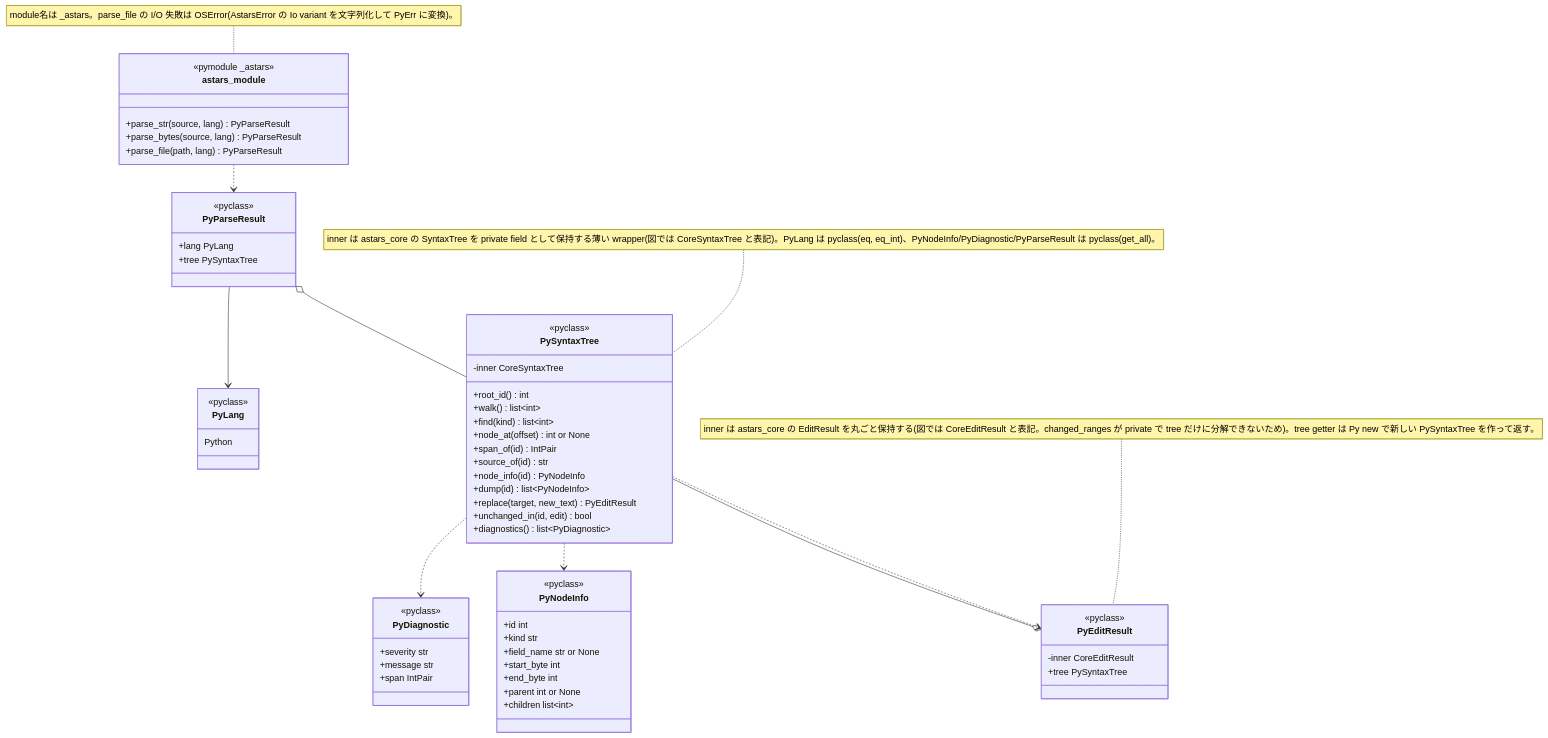
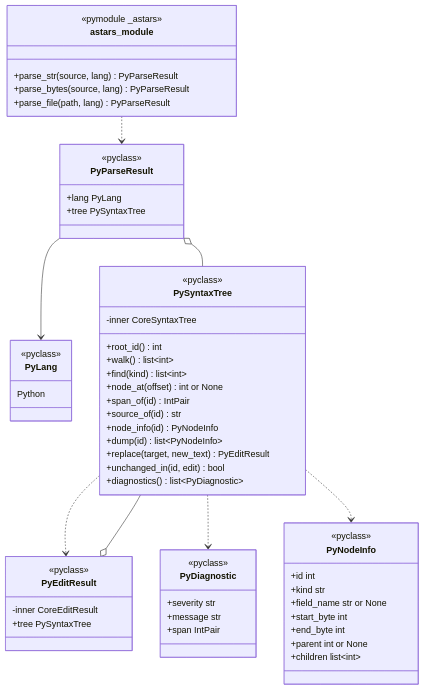
The second of 4 diagrams in docs/architecture/ARCHITECTURE.ja.md (xwasoux/astars), drawn with Mermaid before and after one commit. The commit also changed other lines of this file, not shown here.

First line of the commit message:
docs: クラス図のnoteをMarkdown本文に移し、冗長な説明文を削る

````diff
--- a/docs/architecture/ARCHITECTURE.ja.md
+++ b/docs/architecture/ARCHITECTURE.ja.md
@@ -127,66 +124,62 @@
 ```mermaid
 classDiagram
     class PyLang {
         <<pyclass>>
         Python
     }
     class PyNodeInfo {
         <<pyclass>>
         +id int
         +kind str
         +field_name str or None
         +start_byte int
         +end_byte int
         +parent int or None
         +children list~int~
     }
     class PyDiagnostic {
         <<pyclass>>
         +severity str
         +message str
         +span IntPair
     }
     class PySyntaxTree {
         <<pyclass>>
         -inner CoreSyntaxTree
         +root_id() int
         +walk() list~int~
         +find(kind) list~int~
         +node_at(offset) int or None
         +span_of(id) IntPair
         +source_of(id) str
         +node_info(id) PyNodeInfo
         +dump(id) list~PyNodeInfo~
         +replace(target, new_text) PyEditResult
         +unchanged_in(id, edit) bool
         +diagnostics() list~PyDiagnostic~
     }
     class PyEditResult {
         <<pyclass>>
         -inner CoreEditResult
         +tree PySyntaxTree
     }
     class PyParseResult {
         <<pyclass>>
         +lang PyLang
         +tree PySyntaxTree
     }
     class astars_module {
         <<pymodule _astars>>
         +parse_str(source, lang) PyParseResult
         +parse_bytes(source, lang) PyParseResult
         +parse_file(path, lang) PyParseResult
     }
 
     astars_module ..> PyParseResult
     PyParseResult o-- PySyntaxTree
     PyParseResult --> PyLang
     PySyntaxTree ..> PyEditResult
     PyEditResult o-- PySyntaxTree
     PySyntaxTree ..> PyDiagnostic
     PySyntaxTree ..> PyNodeInfo
-
-    note for astars_module "module名は _astars。parse_file の I/O 失敗は OSError(AstarsError の Io variant を文字列化して PyErr に変換)。"
-    note for PySyntaxTree "inner は astars_core の SyntaxTree を private field として保持する薄い wrapper(図では CoreSyntaxTree と表記)。PyLang は pyclass(eq, eq_int)、PyNodeInfo/PyDiagnostic/PyParseResult は pyclass(get_all)。"
-    note for PyEditResult "inner は astars_core の EditResult を丸ごと保持する(図では CoreEditResult と表記。changed_ranges が private で tree だけに分解できないため)。tree getter は Py new で新しい PySyntaxTree を作って返す。"
 ```
````
